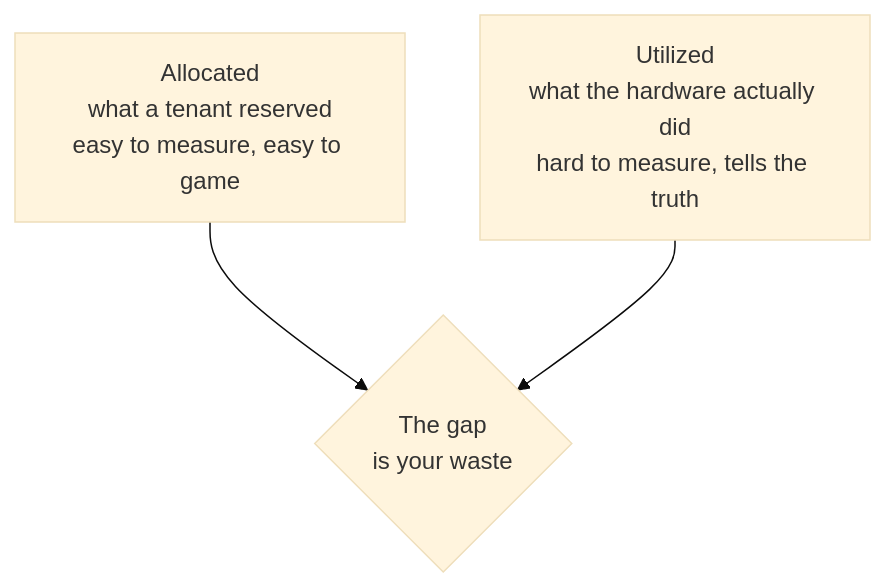
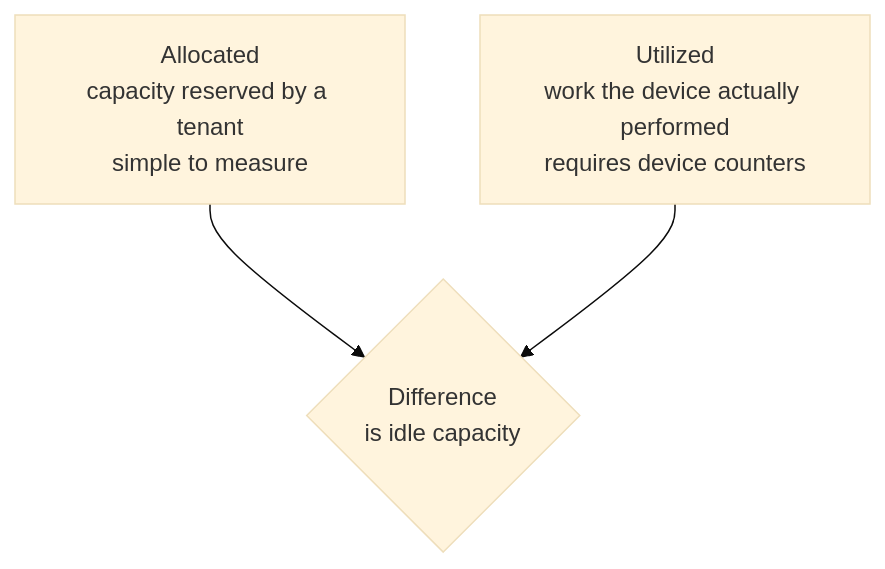
The first of 3 diagrams in systems_design/05-operations-and-cost.md (arpanpathak/cracking-the-systems-programming-interview), drawn with Mermaid (base theme) before and after one commit. The commit also changed other lines of this file and 6 other files, not shown here.

````diff
--- a/systems_design/05-operations-and-cost.md
+++ b/systems_design/05-operations-and-cost.md
@@ -19,7 +10,7 @@
 ```mermaid
 flowchart TB
-    ALLOC["Allocated<br/>what a tenant reserved<br/>easy to measure, easy to game"]
-    USED["Utilized<br/>what the hardware actually did<br/>hard to measure, tells the truth"]
-    ALLOC --> GAP{"The gap<br/>is your waste"}
+    ALLOC["Allocated<br/>capacity reserved by a tenant<br/>simple to measure"]
+    USED["Utilized<br/>work the device actually performed<br/>requires device counters"]
+    ALLOC --> GAP{"Difference<br/>is idle capacity"}
     USED --> GAP
 ```
````
